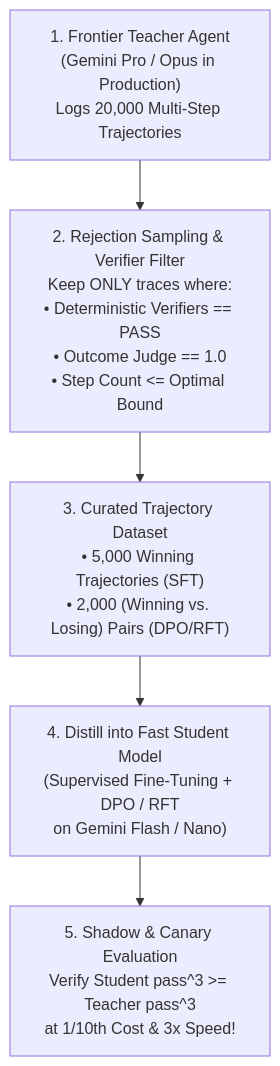
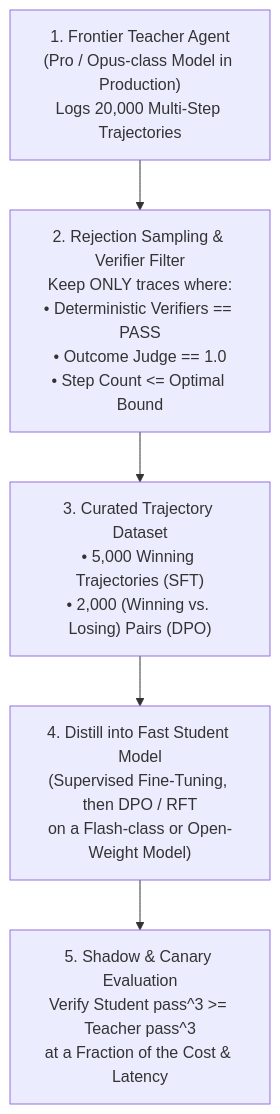
One commit to Rajdipc/agentic-ai-orchestration-patterns changed the second of 2 diagrams in chapter-16-agent-quality-flywheel-and-distillation.md. Above: the diagram before and after it, drawn with Mermaid. The commit also changed other lines of this file and 18 other files, not shown here.

````diff
--- a/chapter-16-agent-quality-flywheel-and-distillation.md
+++ b/chapter-16-agent-quality-flywheel-and-distillation.md
@@ -90,7 +110,7 @@
 ```mermaid
 flowchart TD
-    Teacher["1. Frontier Teacher Agent\n(Gemini Pro / Opus in Production)\nLogs 20,000 Multi-Step Trajectories"] --> Filter["2. Rejection Sampling & Verifier Filter\nKeep ONLY traces where:\n• Deterministic Verifiers == PASS\n• Outcome Judge == 1.0\n• Step Count <= Optimal Bound"]
-    Filter --> GoldenDB["3. Curated Trajectory Dataset\n• 5,000 Winning Trajectories (SFT)\n• 2,000 (Winning vs. Losing) Pairs (DPO/RFT)"]
-    GoldenDB --> Train["4. Distill into Fast Student Model\n(Supervised Fine-Tuning + DPO / RFT\non Gemini Flash / Nano)"]
-    Train --> Shadow["5. Shadow & Canary Evaluation\nVerify Student pass^3 >= Teacher pass^3\nat 1/10th Cost & 3x Speed!"]
+    Teacher["1. Frontier Teacher Agent<br/>(Pro / Opus-class Model in Production)<br/>Logs 20,000 Multi-Step Trajectories"] --> Filter["2. Rejection Sampling & Verifier Filter<br/>Keep ONLY traces where:<br/>• Deterministic Verifiers == PASS<br/>• Outcome Judge == 1.0<br/>• Step Count <= Optimal Bound"]
+    Filter --> GoldenDB["3. Curated Trajectory Dataset<br/>• 5,000 Winning Trajectories (SFT)<br/>• 2,000 (Winning vs. Losing) Pairs (DPO)"]
+    GoldenDB --> Train["4. Distill into Fast Student Model<br/>(Supervised Fine-Tuning, then DPO / RFT<br/>on a Flash-class or Open-Weight Model)"]
+    Train --> Shadow["5. Shadow & Canary Evaluation<br/>Verify Student pass^3 >= Teacher pass^3<br/>at a Fraction of the Cost & Latency"]
 ```
````
